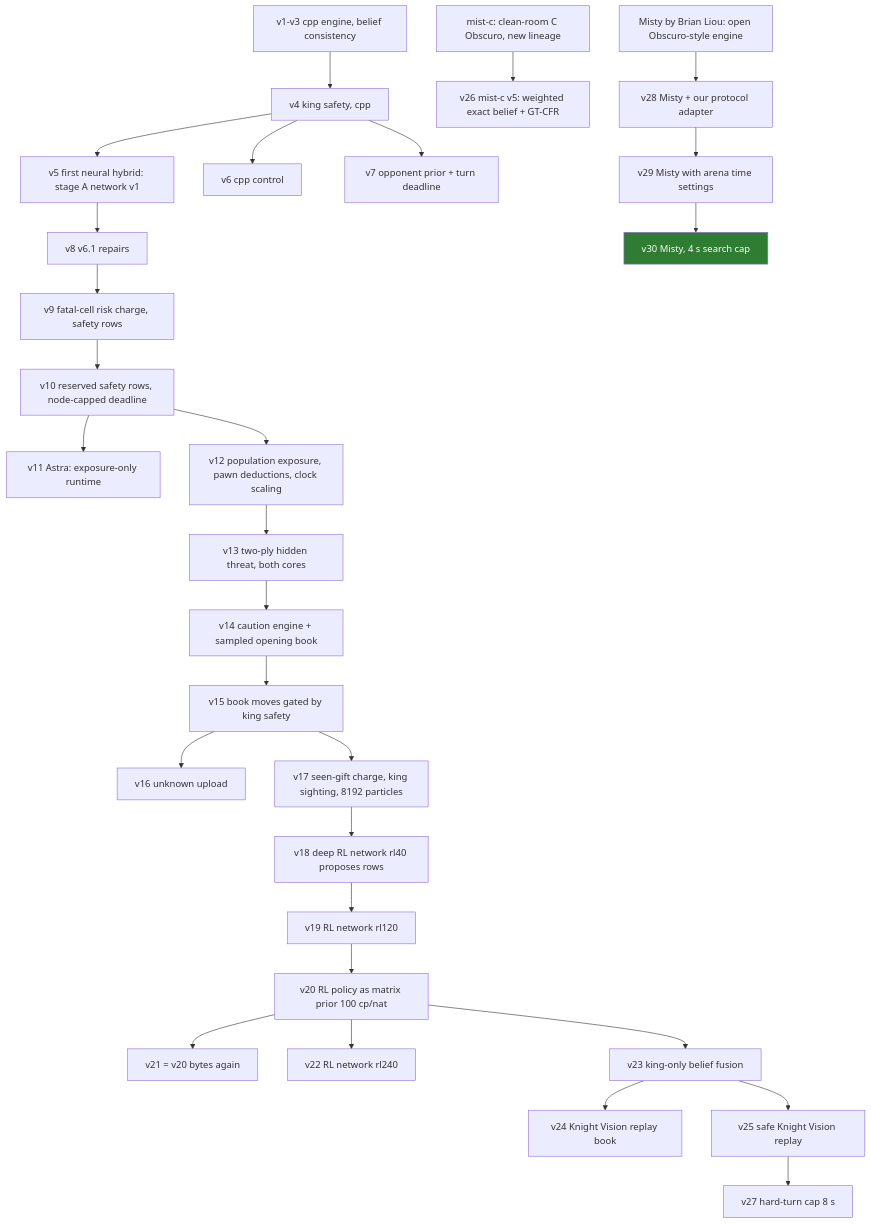
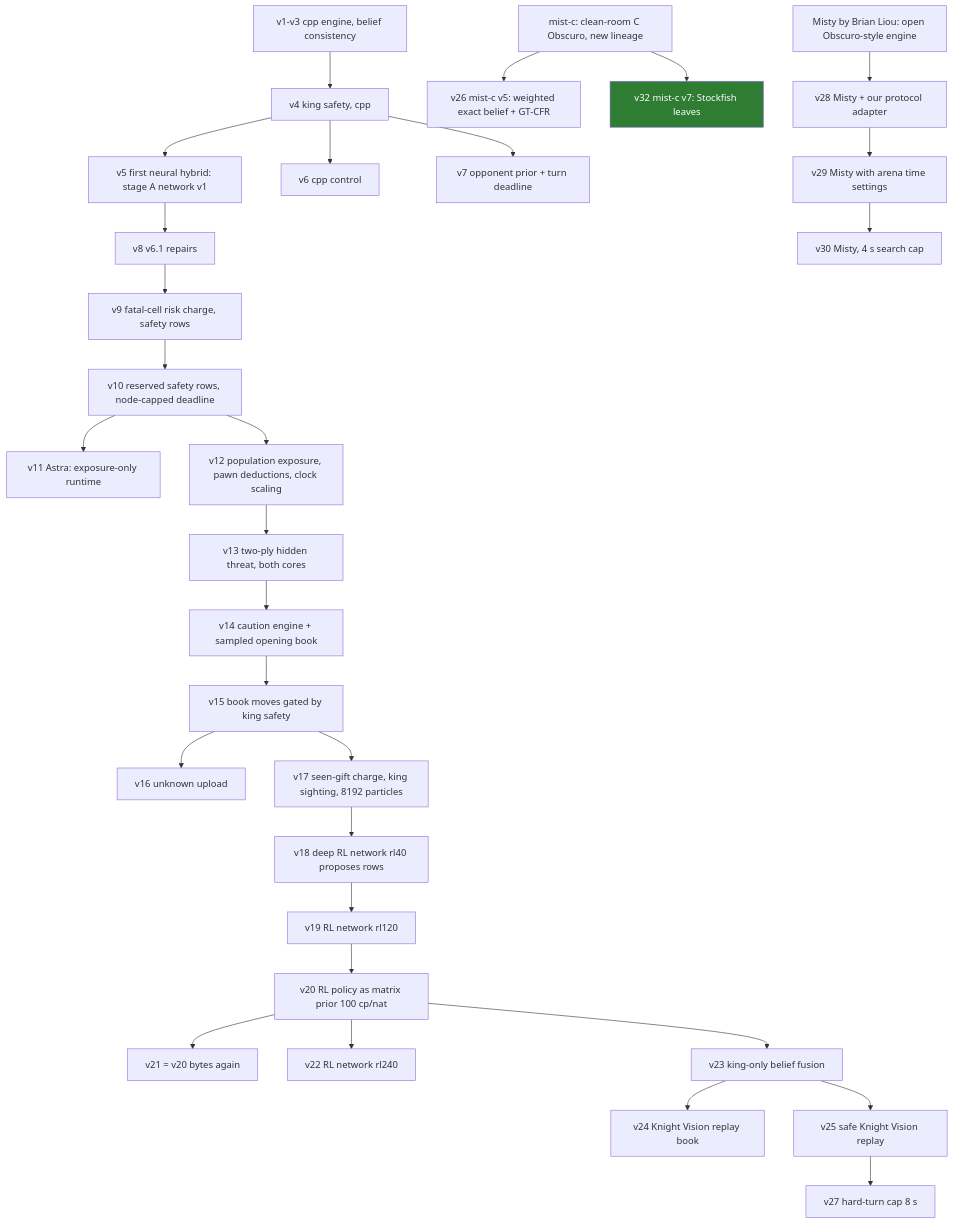
Before and after one commit to htansetiawan/iamavirus: the diagram in MUTATIONS.md, drawn with Mermaid. The commit also changed other lines of this file and 2 other files, not shown here.

Commit message:
Arena v32 = mist-c v7 with Stockfish leaves (114b56e3937c), uploaded by the user; v30 Misty ends +0.12/game over v25 (significant at 60 games); unknown inactive v31

````diff
--- a/MUTATIONS.md
+++ b/MUTATIONS.md
@@ -20,31 +20,32 @@
 ```mermaid
 flowchart TD
   v1[v1-v3 cpp engine, belief consistency] --> v4[v4 king safety, cpp]
   v4 --> v5[v5 first neural hybrid: stage A network v1]
   v4 --> v6[v6 cpp control]
   v4 --> v7[v7 opponent prior + turn deadline]
   v5 --> v8[v8 v6.1 repairs] --> v9[v9 fatal-cell risk charge, safety rows] --> v10[v10 reserved safety rows, node-capped deadline]
   v10 --> v11[v11 Astra: exposure-only runtime]
   v10 --> v12[v12 population exposure, pawn deductions, clock scaling]
   v12 --> v13[v13 two-ply hidden threat, both cores]
   v13 --> v14[v14 caution engine + sampled opening book]
   v14 --> v15[v15 book moves gated by king safety]
   v15 --> v16[v16 unknown upload]
   v15 --> v17[v17 seen-gift charge, king sighting, 8192 particles]
   v17 --> v18[v18 deep RL network rl40 proposes rows]
   v18 --> v19[v19 RL network rl120]
   v19 --> v20[v20 RL policy as matrix prior 100 cp/nat]
   v20 --> v21[v21 = v20 bytes again]
   v20 --> v22[v22 RL network rl240]
   v20 --> v23[v23 king-only belief fusion]
   v23 --> v24[v24 Knight Vision replay book]
   v23 --> v25[v25 safe Knight Vision replay]
   mc[mist-c: clean-room C Obscuro, new lineage] --> v26[v26 mist-c v5: weighted exact belief + GT-CFR]
   v25 --> v27[v27 hard-turn cap 8 s]
   misty[Misty by Brian Liou: open Obscuro-style engine] --> v28[v28 Misty + our protocol adapter]
   v28 --> v29[v29 Misty with arena time settings]
   v29 --> v30[v30 Misty, 4 s search cap]
+  mc --> v32[v32 mist-c v7: Stockfish leaves]
   classDef alive fill:#2e7d32,color:#fff;
   classDef cand fill:#f9a825,color:#000;
-  class v30 alive;
+  class v32 alive;
 ```
````
